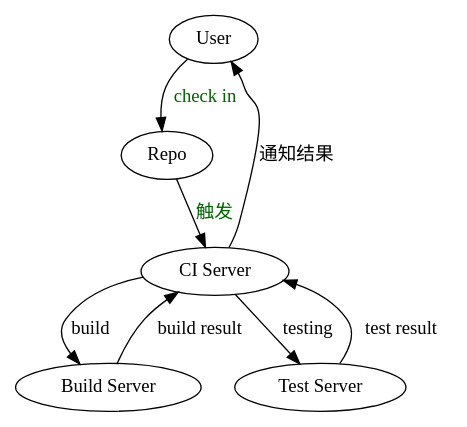
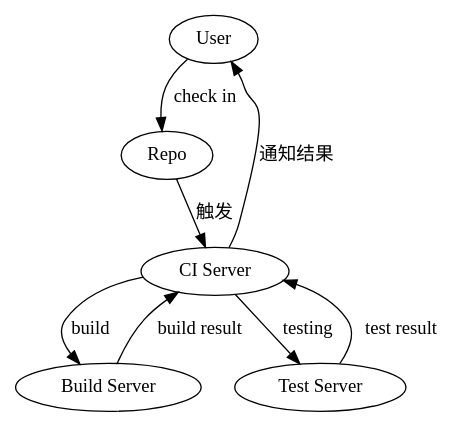
One commit to idleuncle/BasinSpaceBook changed the diagram in graphics/realtime.dot. Above: the diagram before and after it, drawn with Graphviz. The commit also changed 5 other files, not shown here.

```diff
--- a/graphics/realtime.dot
+++ b/graphics/realtime.dot
@@ -1,21 +1,21 @@
 digraph graphname{
 
     User [label="User"]      // node T
     Ci [label="CI Server"]  // node P
     Repo [label="Repo"]
     Build_server [label="Build Server"]
     Test_server [label="Test Server"]
 
-    User->Repo [label="check in", fontcolor=darkgreen] // edge T->P
-    Repo->Ci [label="触发",fontcolor=darkgreen]
+    User->Repo [label="check in"] // edge T->P
+    Repo->Ci [label="触发"]
     Ci-> Build_server [label="build"]
     Build_server -> Ci [label="build result"]
 
     Ci -> Test_server [label="testing"]
     Test_server-> Ci [label="test result"]
 
     Ci -> User [label="通知结果"]
 
 
 
 }
```
